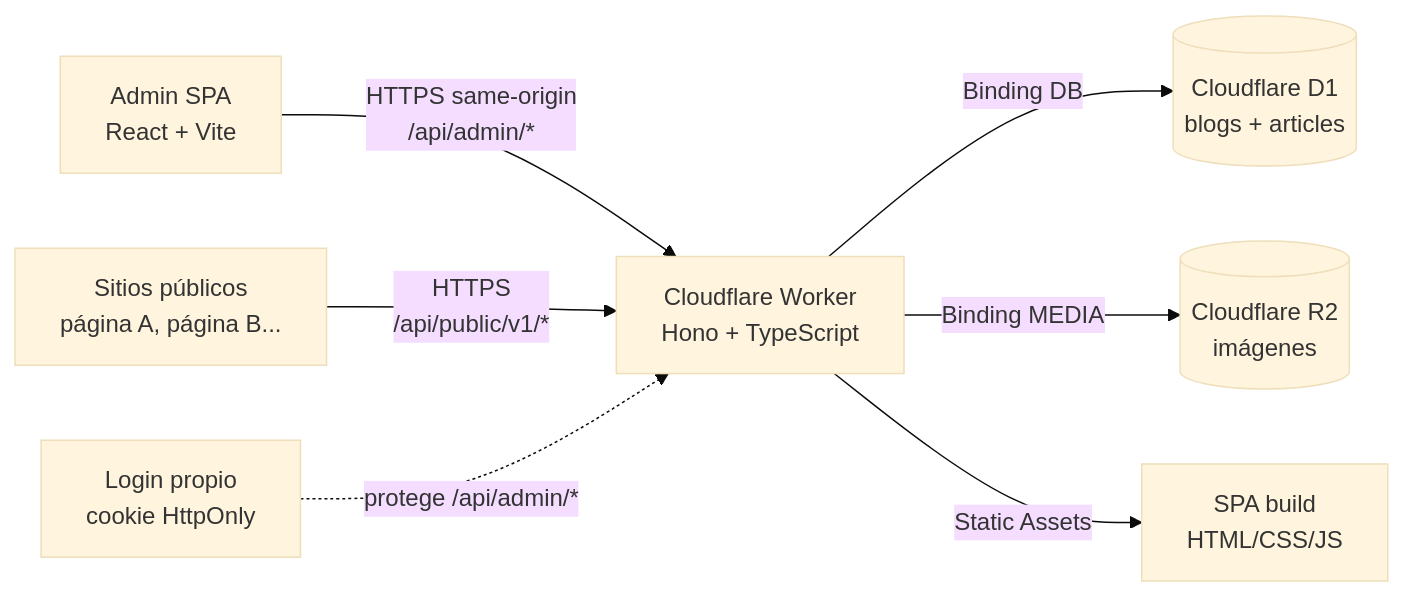
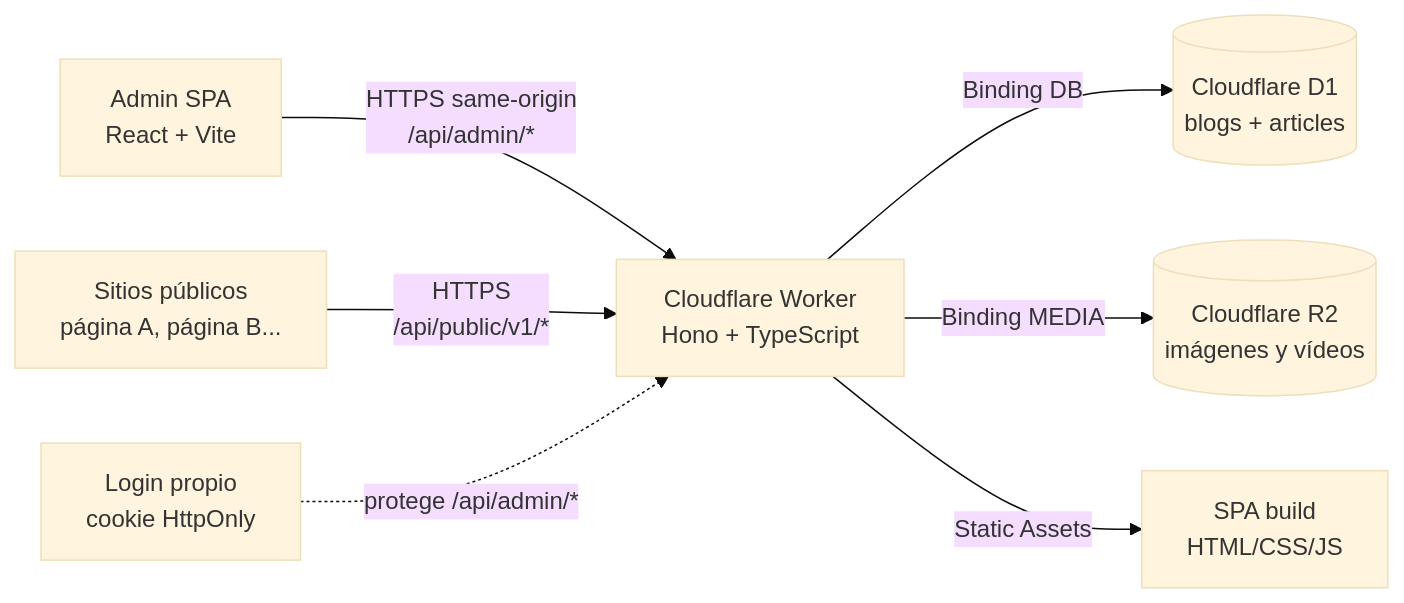
One commit to danieluruena/blog-manager changed the first of 2 diagrams in docs/ARQUITECTURA.md. Above: the diagram before and after it, drawn with Mermaid (base theme). The commit also changed other lines of this file and 29 other files, not shown here.

````diff
--- a/docs/ARQUITECTURA.md
+++ b/docs/ARQUITECTURA.md
@@ -20,9 +20,9 @@
 ```mermaid
 flowchart LR
     A["Admin SPA<br/>React + Vite"] -->|"HTTPS same-origin<br/>/api/admin/*"| W["Cloudflare Worker<br/>Hono + TypeScript"]
     B["Sitios públicos<br/>página A, página B..."] -->|"HTTPS<br/>/api/public/v1/*"| W
     W -->|"Binding DB"| D[("Cloudflare D1<br/>blogs + articles")]
-    W -->|"Binding MEDIA"| R[("Cloudflare R2<br/>imágenes")]
+    W -->|"Binding MEDIA"| R[("Cloudflare R2<br/>imágenes y vídeos")]
     W -->|"Static Assets"| S["SPA build<br/>HTML/CSS/JS"]
     AUTH["Login propio<br/>cookie HttpOnly"] -.->|"protege /api/admin/*"| W
 ```
````
